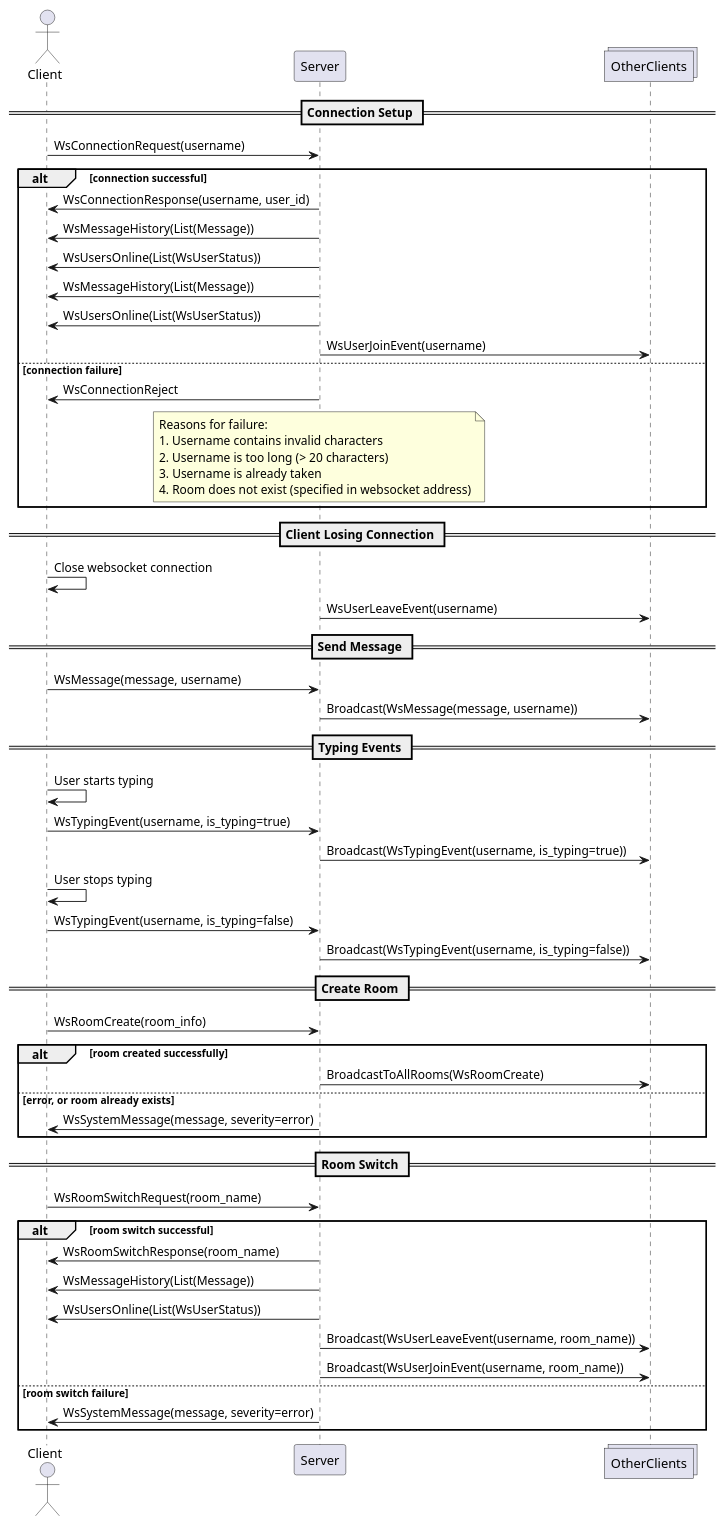
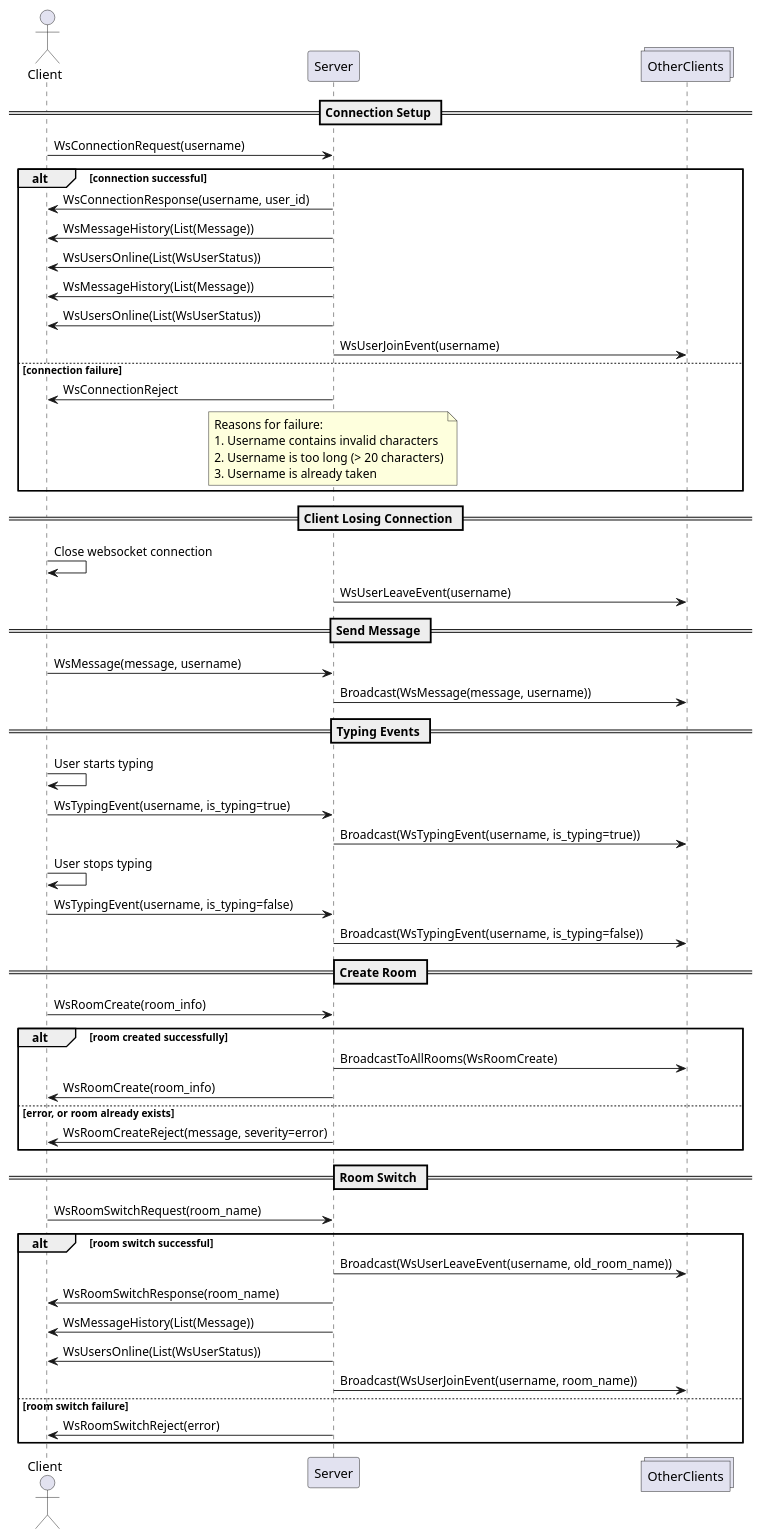
The diagram in sequences/ConnectionSequence.puml (BusterWarn/WebSockets-Workshop), drawn with PlantUML before and after one commit. The commit also changed 1 other file, not shown here.

Commit message:
Update room switching logic in sequence diagram

```diff
--- a/sequences/ConnectionSequence.puml
+++ b/sequences/ConnectionSequence.puml
@@ -1,66 +1,66 @@
 @startuml
 
 actor Client
 participant Server
 collections OtherClients
 
 == Connection Setup ==
 Client -> Server : WsConnectionRequest(username)
 
 alt connection successful
     Server -> Client : WsConnectionResponse(username, user_id)
     Server -> Client : WsMessageHistory(List(Message))
     Server -> Client : WsUsersOnline(List(WsUserStatus))
     Server -> Client : WsMessageHistory(List(Message))
     Server -> Client : WsUsersOnline(List(WsUserStatus))
     Server -> OtherClients : WsUserJoinEvent(username)
 else connection failure
     Server -> Client : WsConnectionReject
     note over Server
         Reasons for failure:
         1. Username contains invalid characters
         2. Username is too long (> 20 characters)
         3. Username is already taken
-        4. Room does not exist (specified in websocket address)
     end note
 end
 
 == Client Losing Connection ==
 Client -> Client : Close websocket connection
 Server -> OtherClients : WsUserLeaveEvent(username)
 
 == Send Message ==
 Client -> Server : WsMessage(message, username)
 Server -> OtherClients : Broadcast(WsMessage(message, username))
 
 == Typing Events ==
 Client -> Client : User starts typing
 Client -> Server : WsTypingEvent(username, is_typing=true)
 Server -> OtherClients: Broadcast(WsTypingEvent(username, is_typing=true))
 
 Client -> Client : User stops typing
 Client -> Server : WsTypingEvent(username, is_typing=false)
 Server -> OtherClients: Broadcast(WsTypingEvent(username, is_typing=false))
 
 == Create Room ==
 Client -> Server : WsRoomCreate(room_info)
 alt room created successfully
     Server -> OtherClients : BroadcastToAllRooms(WsRoomCreate)
+    Server -> Client : WsRoomCreate(room_info)
 else error, or room already exists
-    Server -> Client : WsSystemMessage(message, severity=error)
+    Server -> Client : WsRoomCreateReject(message, severity=error)
 end
 
 == Room Switch ==
 Client -> Server : WsRoomSwitchRequest(room_name)
 
 alt room switch successful
+    Server -> OtherClients: Broadcast(WsUserLeaveEvent(username, old_room_name))
     Server -> Client : WsRoomSwitchResponse(room_name)
     Server -> Client : WsMessageHistory(List(Message))
     Server -> Client : WsUsersOnline(List(WsUserStatus))
-    Server -> OtherClients: Broadcast(WsUserLeaveEvent(username, room_name))
     Server -> OtherClients: Broadcast(WsUserJoinEvent(username, room_name))
 else room switch failure
-    Server -> Client : WsSystemMessage(message, severity=error)
+    Server -> Client : WsRoomSwitchReject(error)
 end
 
 @enduml
```
